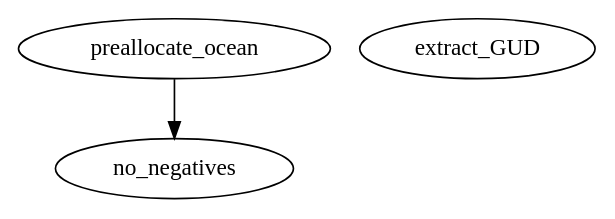
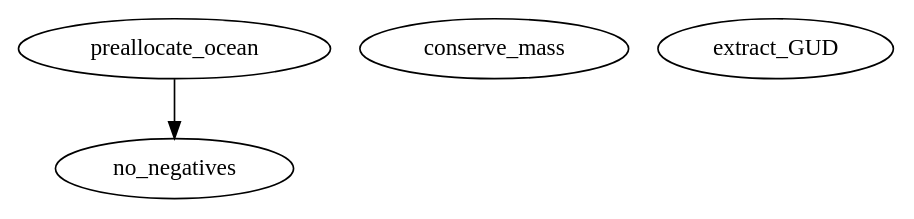
Before and after one commit to geebes/EPMD: the diagram in docs/EPMD/TM_data/graph.dot, drawn with Graphviz. The commit also changed 57 other files, not shown here.

```diff
--- a/docs/EPMD/TM_data/graph.dot
+++ b/docs/EPMD/TM_data/graph.dot
@@ -1,8 +1,9 @@
 /* Created by mdot for Matlab */
 digraph m2html {
   preallocate_ocean -> no_negatives;
 
+  conserve_mass [URL="conserve_mass.html"];
   extract_GUD [URL="extract_GUD.html"];
   no_negatives [URL="no_negatives.html"];
   preallocate_ocean [URL="preallocate_ocean.html"];
 }
```
